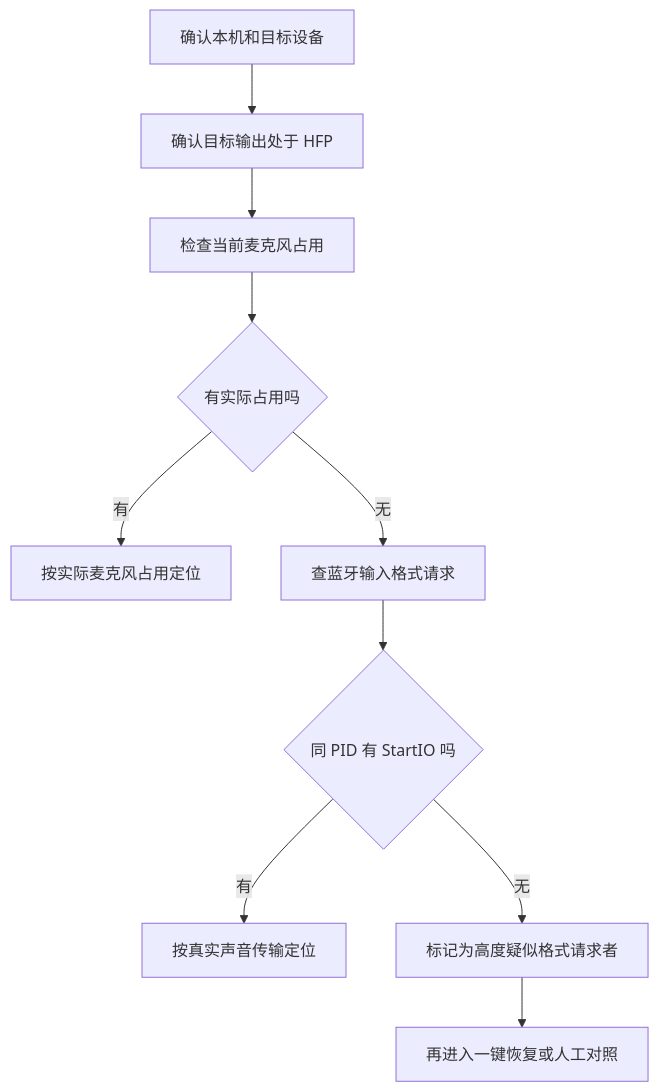
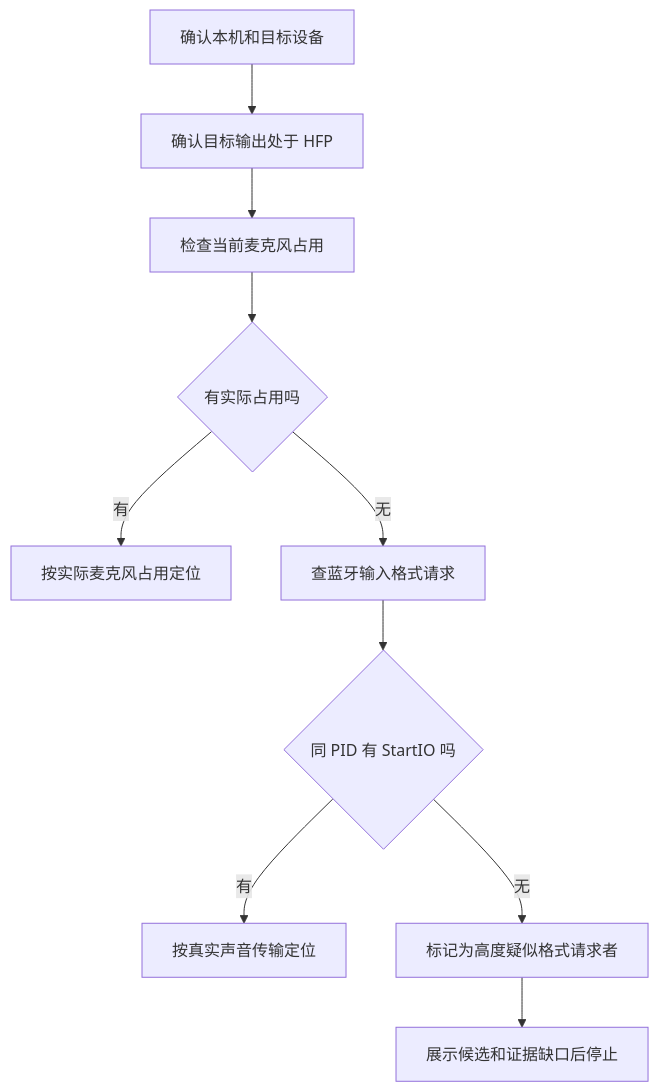
The diagram in reference/SPEC/如何排查程序只请求蓝牙输入格式但未开始录音.md (andy-JustSayWhen/fix-Bluetooth-earphone-audio-problem), drawn with Mermaid before and after one commit. The commit also changed other lines of this file and 13 other files, not shown here.

````diff
--- a/reference/SPEC/如何排查程序只请求蓝牙输入格式但未开始录音.md
+++ b/reference/SPEC/如何排查程序只请求蓝牙输入格式但未开始录音.md
@@ -155,12 +155,12 @@
 ```mermaid
 flowchart TD
     A[确认本机和目标设备] --> B[确认目标输出处于 HFP]
     B --> C[检查当前麦克风占用]
     C --> D{有实际占用吗}
     D -- 有 --> E[按实际麦克风占用定位]
     D -- 无 --> F[查蓝牙输入格式请求]
     F --> G{同 PID 有 StartIO 吗}
     G -- 有 --> H[按真实声音传输定位]
     G -- 无 --> I[标记为高度疑似格式请求者]
-    I --> J[再进入一键恢复或人工对照]
+    I --> J[展示候选和证据缺口后停止]
 ```
````
